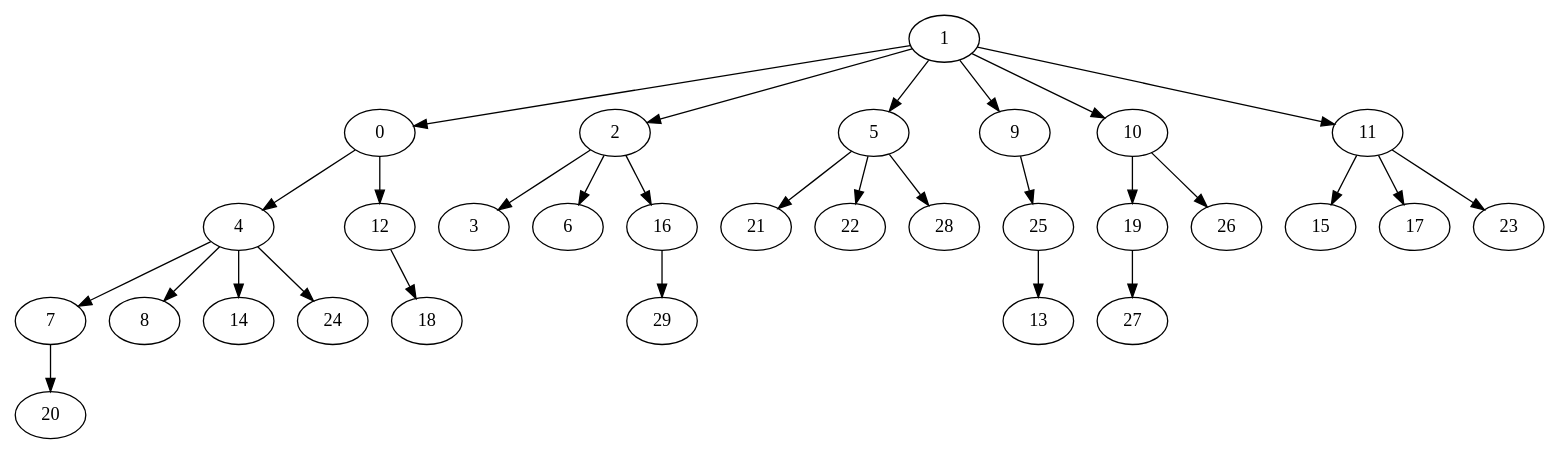
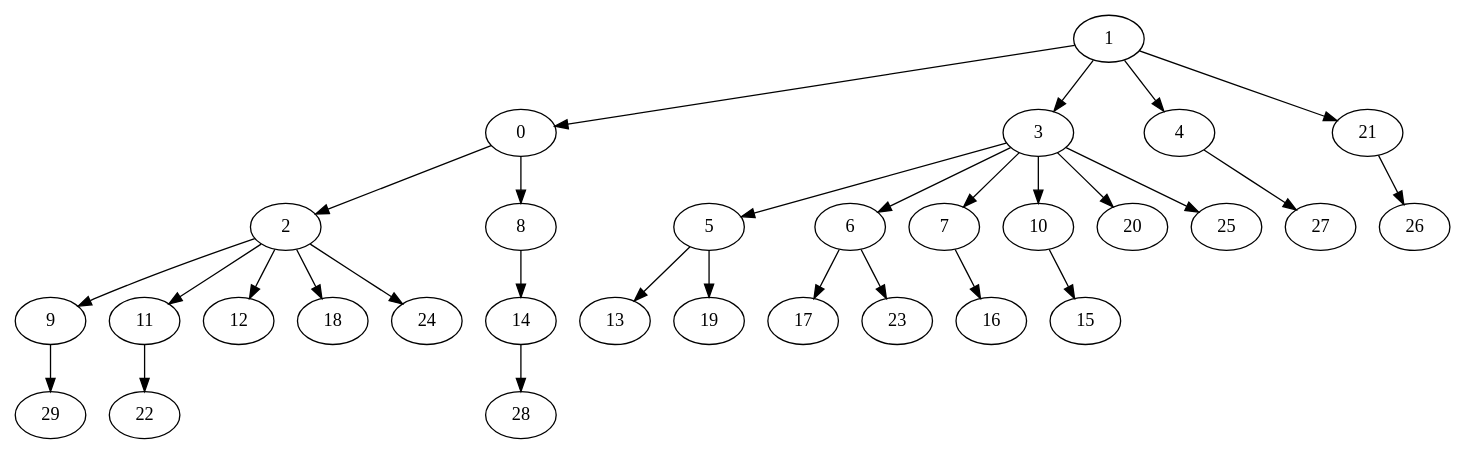
One commit to GusRojas/Grafos2DAA_A24 changed the diagram in arbol_bfs_barabasi30.gv. Above: the diagram before and after it, drawn with Graphviz. The commit also changed 14 other files, not shown here.

```diff
--- a/arbol_bfs_barabasi30.gv
+++ b/arbol_bfs_barabasi30.gv
@@ -1,31 +1,31 @@
 digraph {
   1 -> 0;
-  1 -> 2;
-  1 -> 5;
-  1 -> 9;
-  1 -> 10;
-  1 -> 11;
-  0 -> 4;
-  0 -> 12;
-  2 -> 3;
-  2 -> 6;
-  2 -> 16;
-  5 -> 21;
-  5 -> 22;
-  5 -> 28;
-  9 -> 25;
-  10 -> 19;
-  10 -> 26;
-  11 -> 15;
-  11 -> 17;
-  11 -> 23;
-  4 -> 7;
-  4 -> 8;
-  4 -> 14;
-  4 -> 24;
-  12 -> 18;
-  16 -> 29;
-  25 -> 13;
-  19 -> 27;
-  7 -> 20;
+  1 -> 3;
+  1 -> 4;
+  1 -> 21;
+  0 -> 2;
+  0 -> 8;
+  3 -> 5;
+  3 -> 6;
+  3 -> 7;
+  3 -> 10;
+  3 -> 20;
+  3 -> 25;
+  4 -> 27;
+  21 -> 26;
+  2 -> 9;
+  2 -> 11;
+  2 -> 12;
+  2 -> 18;
+  2 -> 24;
+  8 -> 14;
+  5 -> 13;
+  5 -> 19;
+  6 -> 17;
+  6 -> 23;
+  7 -> 16;
+  10 -> 15;
+  9 -> 29;
+  11 -> 22;
+  14 -> 28;
 }
```
